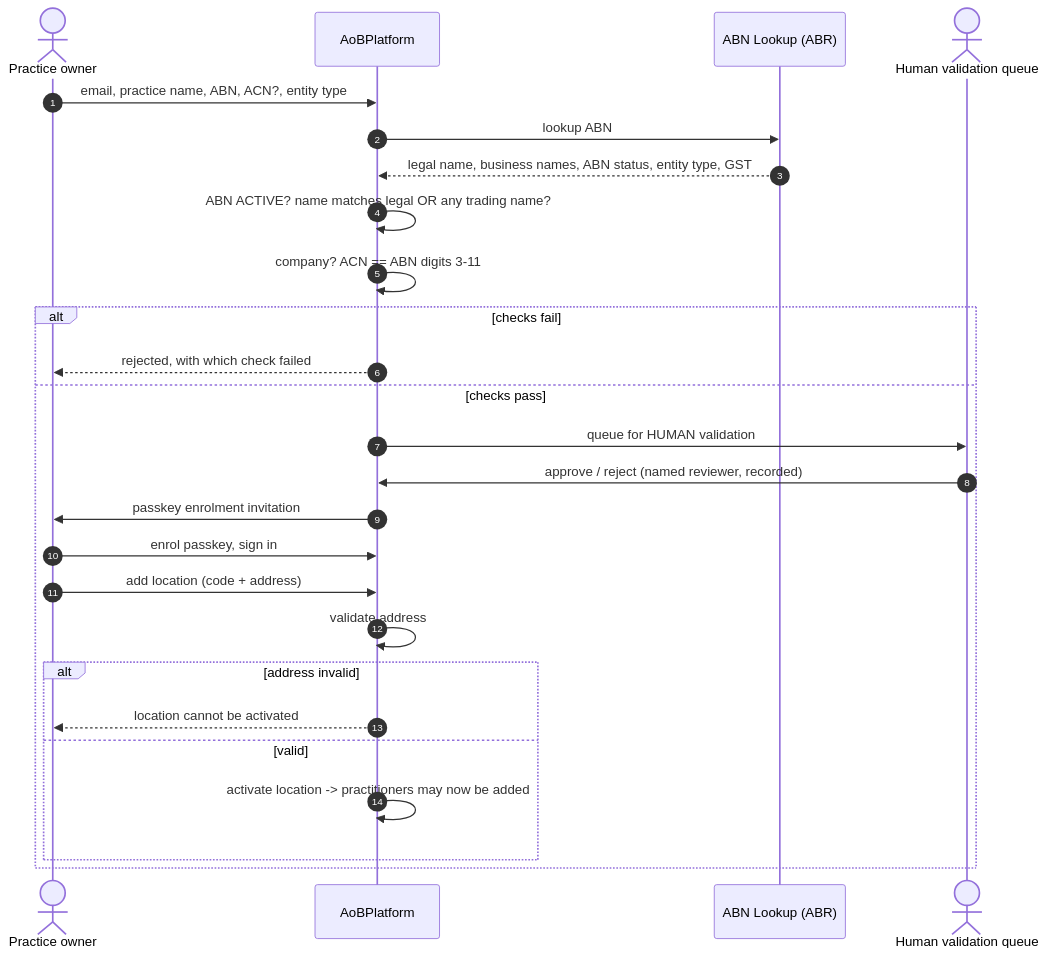
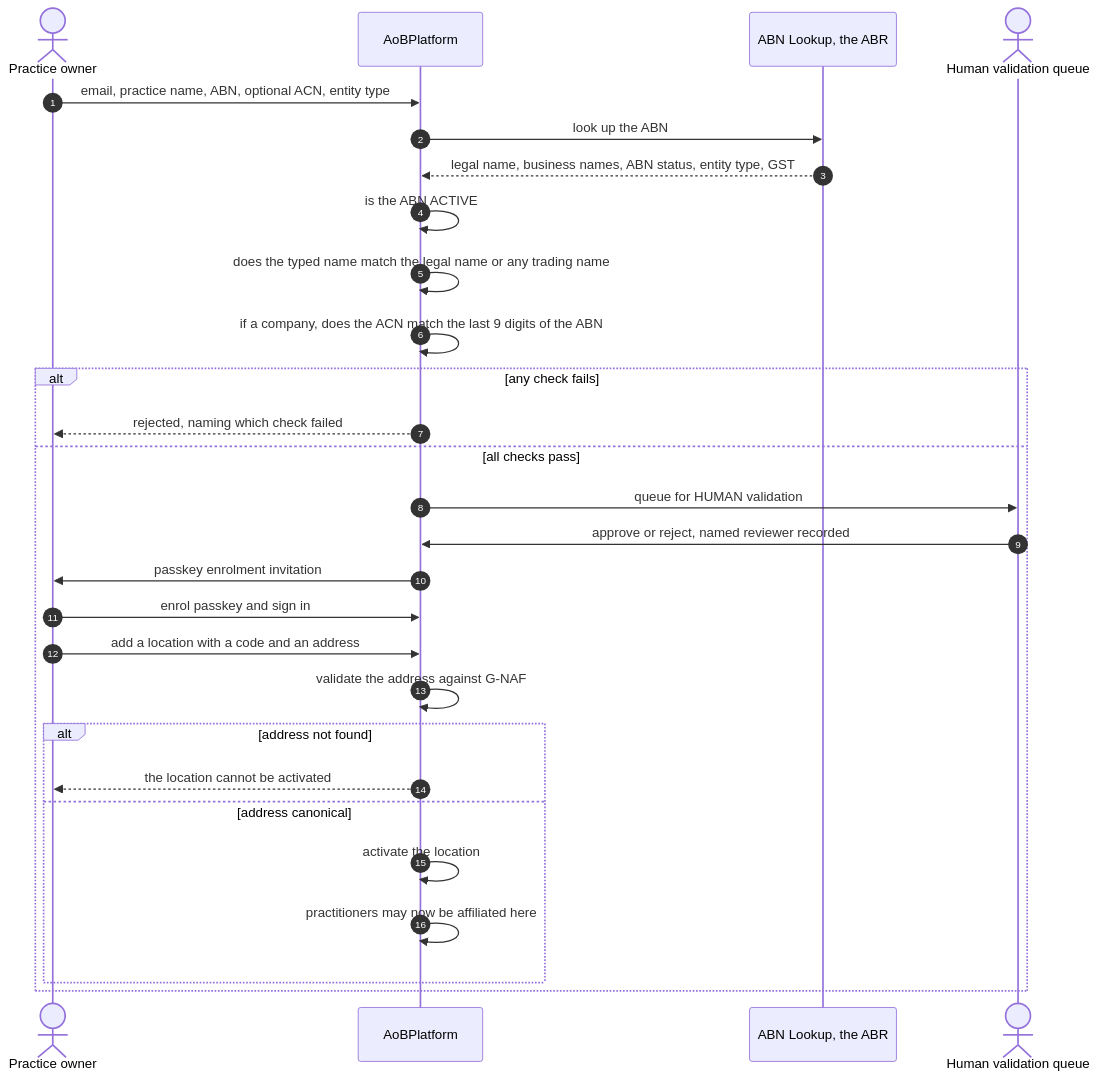
Before and after one commit to carlhill/AoBPlatform: the second of 4 diagrams in ORG-MODEL-PROPOSAL.md, drawn with Mermaid. The commit also changed other lines of this file, not shown here.

First line of the commit message:
docs: sign off org model, fix mermaid rendering, settle banking and address validation

````diff
--- a/ORG-MODEL-PROPOSAL.md
+++ b/ORG-MODEL-PROPOSAL.md
@@ -129,29 +121,31 @@
 ```mermaid
 sequenceDiagram
     autonumber
     actor Admin as Practice owner
     participant P as AoBPlatform
-    participant ABR as ABN Lookup (ABR)
+    participant ABR as ABN Lookup, the ABR
     actor Ops as Human validation queue
 
-    Admin->>P: email, practice name, ABN, ACN?, entity type
-    P->>ABR: lookup ABN
+    Admin->>P: email, practice name, ABN, optional ACN, entity type
+    P->>ABR: look up the ABN
     ABR-->>P: legal name, business names, ABN status, entity type, GST
-    P->>P: ABN ACTIVE? name matches legal OR any trading name?
-    P->>P: company? ACN == ABN digits 3-11
-    alt checks fail
-        P-->>Admin: rejected, with which check failed
-    else checks pass
+    P->>P: is the ABN ACTIVE
+    P->>P: does the typed name match the legal name or any trading name
+    P->>P: if a company, does the ACN match the last 9 digits of the ABN
+    alt any check fails
+        P-->>Admin: rejected, naming which check failed
+    else all checks pass
         P->>Ops: queue for HUMAN validation
-        Ops->>P: approve / reject (named reviewer, recorded)
+        Ops->>P: approve or reject, named reviewer recorded
         P->>Admin: passkey enrolment invitation
-        Admin->>P: enrol passkey, sign in
-        Admin->>P: add location (code + address)
-        P->>P: validate address
-        alt address invalid
-            P-->>Admin: location cannot be activated
-        else valid
-            P->>P: activate location -> practitioners may now be added
+        Admin->>P: enrol passkey and sign in
+        Admin->>P: add a location with a code and an address
+        P->>P: validate the address against G-NAF
+        alt address not found
+            P-->>Admin: the location cannot be activated
+        else address canonical
+            P->>P: activate the location
+            P->>P: practitioners may now be affiliated here
         end
     end
 ```
````
